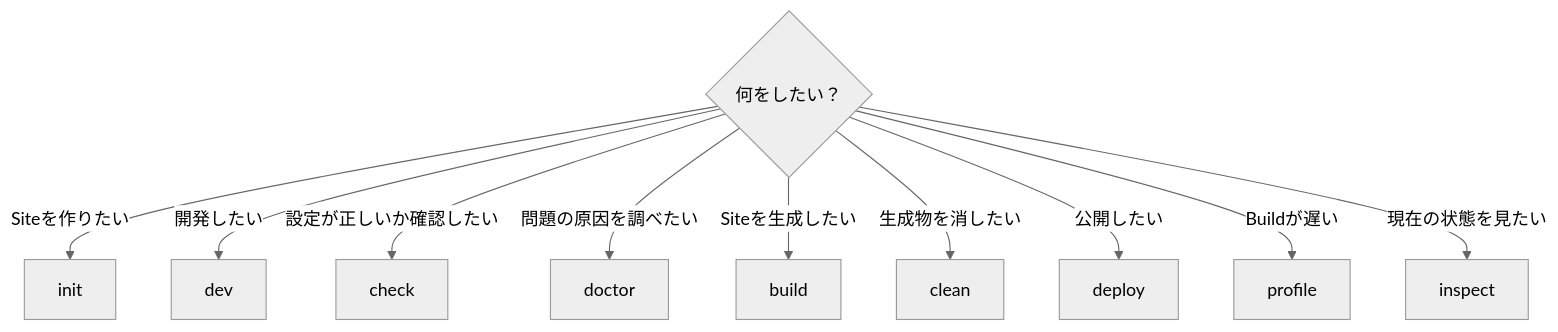
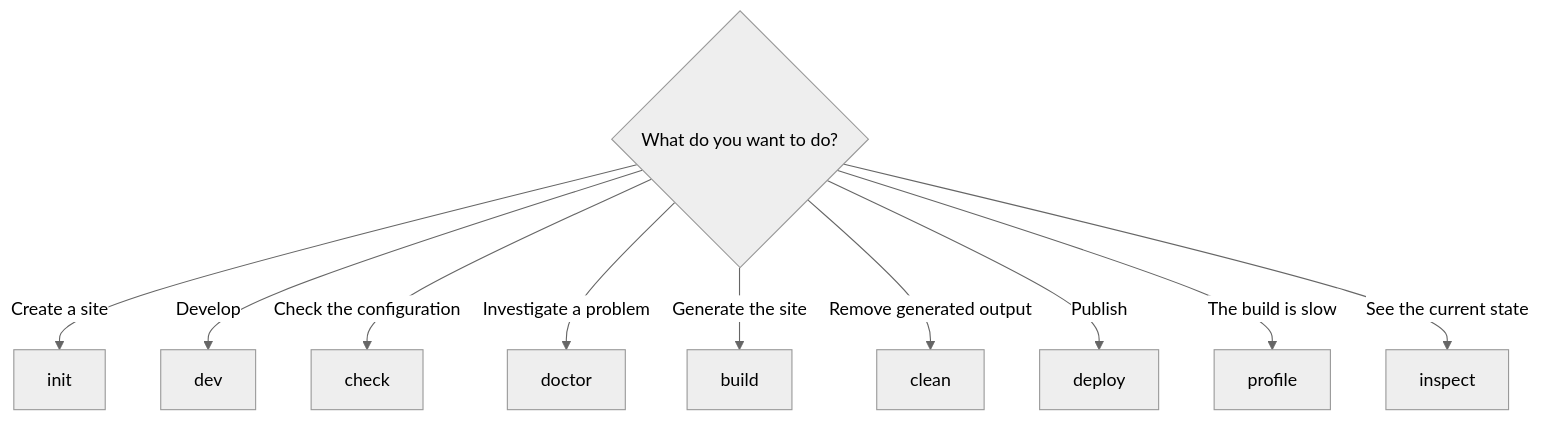
Before and after one commit to Rerurate514/riebeckite: the first of 6 diagrams in docs/docs/reference/cli.md, drawn with Mermaid (neutral theme). The commit also changed other lines of this file and 604 other files, not shown here.

````diff
--- a/docs/docs/reference/cli.md
+++ b/docs/docs/reference/cli.md
@@ -51,14 +41,14 @@
-```mermaid id="ctqx7e"
+```mermaid
 flowchart TD
-    Q{"何をしたい？"}
+    Q{"What do you want to do?"}
 
-    Q -->|"Siteを作りたい"| Init["init"]
-    Q -->|"開発したい"| Dev["dev"]
-    Q -->|"設定が正しいか確認したい"| Check["check"]
-    Q -->|"問題の原因を調べたい"| Doctor["doctor"]
-    Q -->|"Siteを生成したい"| Build["build"]
-    Q -->|"生成物を消したい"| Clean["clean"]
-    Q -->|"公開したい"| Deploy["deploy"]
-    Q -->|"Buildが遅い"| Profile["profile"]
-    Q -->|"現在の状態を見たい"| Inspect["inspect"]
+    Q -->|"Create a site"| Init["init"]
+    Q -->|"Develop"| Dev["dev"]
+    Q -->|"Check the configuration"| Check["check"]
+    Q -->|"Investigate a problem"| Doctor["doctor"]
+    Q -->|"Generate the site"| Build["build"]
+    Q -->|"Remove generated output"| Clean["clean"]
+    Q -->|"Publish"| Deploy["deploy"]
+    Q -->|"The build is slow"| Profile["profile"]
+    Q -->|"See the current state"| Inspect["inspect"]
 ```
````
